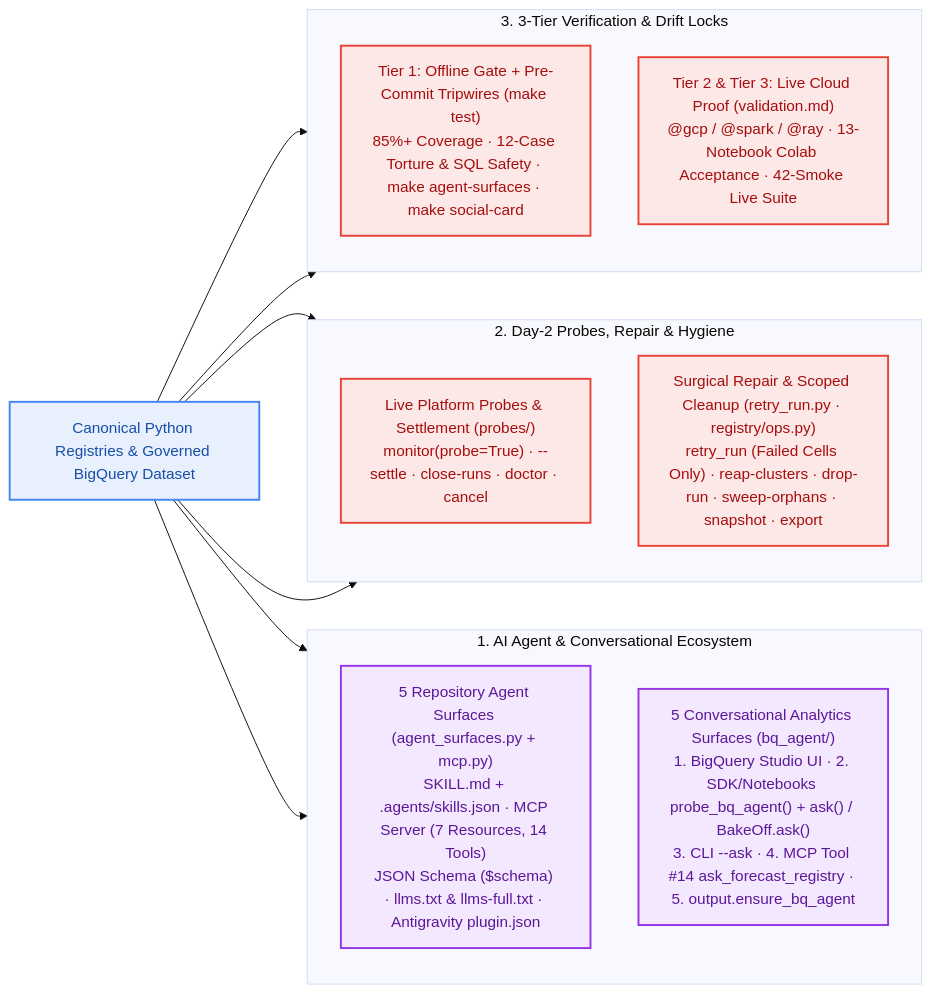
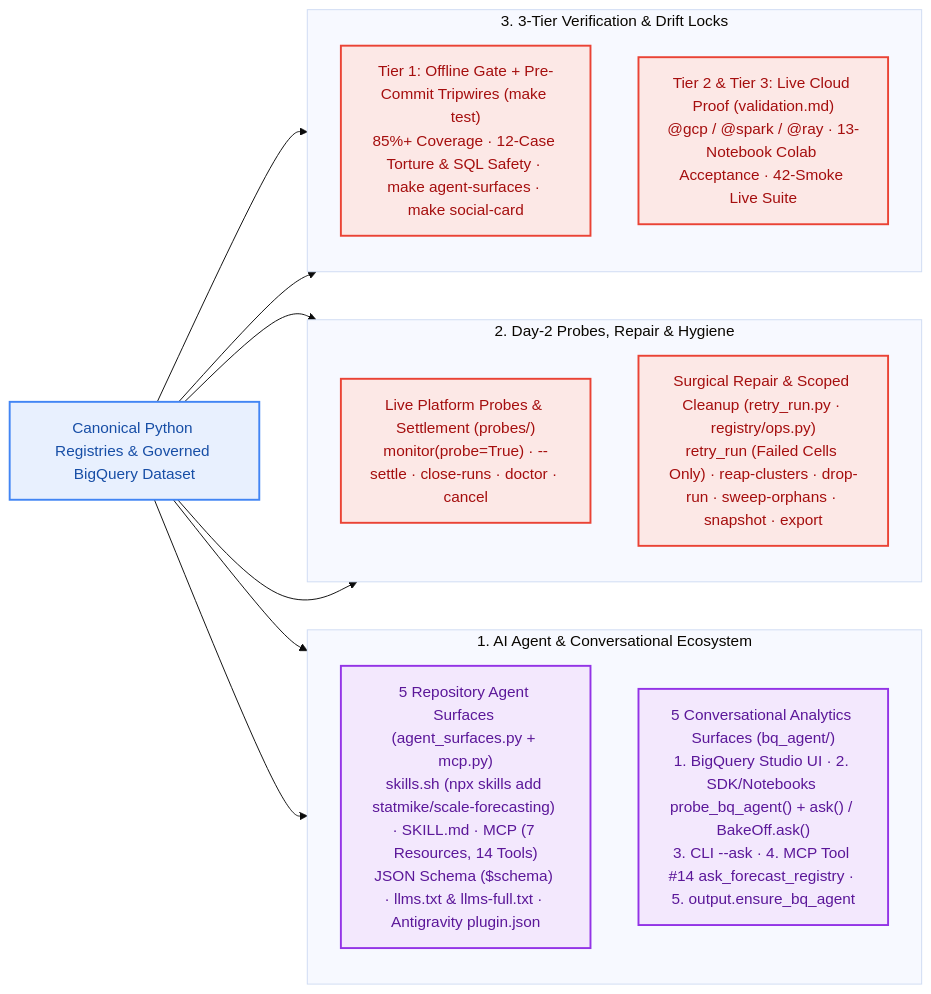
Diagram 17 of 17 in docs/visual_architecture.md (statmike/scale-forecasting), drawn with Mermaid (base theme) before and after one commit. The commit also changed 2 other files, not shown here.

Commit message:
docs(skills): add skills.sh badge to README and npx skills CLI instructions

````diff
--- a/docs/visual_architecture.md
+++ b/docs/visual_architecture.md
@@ -772,31 +772,31 @@
 ```mermaid
 flowchart LR
     CORE_SRC["Canonical Python Registries & Governed BigQuery Dataset"]
 
     subgraph AGENTS["1. AI Agent & Conversational Ecosystem"]
         direction TB
-        AG_REPO["5 Repository Agent Surfaces (agent_surfaces.py + mcp.py)<br/>SKILL.md + .agents/skills.json · MCP Server (7 Resources, 14 Tools)<br/>JSON Schema ($schema) · llms.txt & llms-full.txt · Antigravity plugin.json"]
+        AG_REPO["5 Repository Agent Surfaces (agent_surfaces.py + mcp.py)<br/>skills.sh (npx skills add statmike/scale-forecasting) · SKILL.md · MCP (7 Resources, 14 Tools)<br/>JSON Schema ($schema) · llms.txt & llms-full.txt · Antigravity plugin.json"]
         AG_CHAT["5 Conversational Analytics Surfaces (bq_agent/)<br/>1. BigQuery Studio UI · 2. SDK/Notebooks probe_bq_agent() + ask() / BakeOff.ask()<br/>3. CLI --ask · 4. MCP Tool #14 ask_forecast_registry · 5. output.ensure_bq_agent"]
     end
 
     subgraph DAY2["2. Day-2 Probes, Repair & Hygiene"]
         direction TB
         OP1["Live Platform Probes & Settlement (probes/)<br/>monitor(probe=True) · --settle · close-runs · doctor · cancel"]
         OP2["Surgical Repair & Scoped Cleanup (retry_run.py · registry/ops.py)<br/>retry_run (Failed Cells Only) · reap-clusters · drop-run · sweep-orphans · snapshot · export"]
     end
 
     subgraph VERIFY["3. 3-Tier Verification & Drift Locks"]
         direction TB
         T_OFF["Tier 1: Offline Gate + Pre-Commit Tripwires (make test)<br/>85%+ Coverage · 12-Case Torture & SQL Safety · make agent-surfaces · make social-card"]
         T_LIVE["Tier 2 & Tier 3: Live Cloud Proof (validation.md)<br/>@gcp / @spark / @ray · 13-Notebook Colab Acceptance · 42-Smoke Live Suite"]
     end
 
     CORE_SRC --> AG_REPO & AG_CHAT & OP1 & OP2 & T_OFF & T_LIVE
 
     classDef data fill:#E8F0FE,stroke:#4285F4,stroke-width:2px,color:#174EA6
     classDef semantic fill:#F3E8FD,stroke:#9334E6,stroke-width:2px,color:#5B1799
     classDef route fill:#FCE8E6,stroke:#EA4335,stroke-width:2px,color:#A50E0E
     class CORE_SRC data
     class AG_REPO,AG_CHAT semantic
     class OP1,OP2,T_OFF,T_LIVE route
 ```
````
